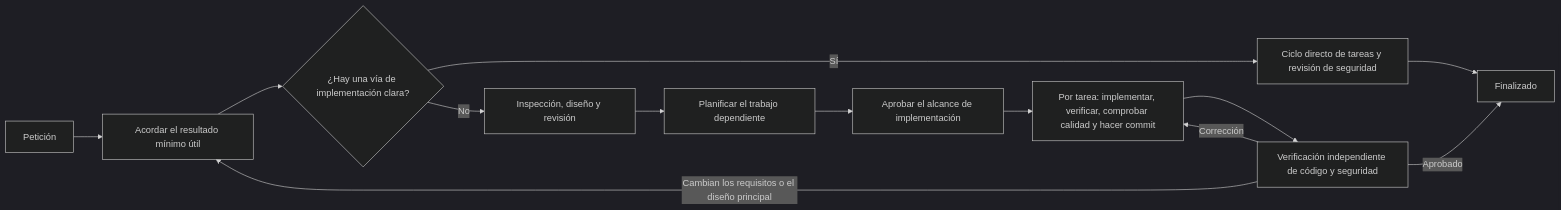
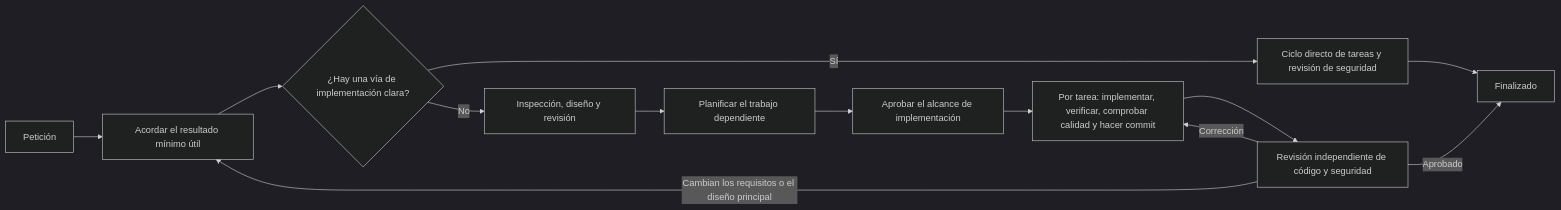
The diagram in README.es.md (shinpr/codex-workflows), drawn with Mermaid (dark theme) before and after one commit. The commit also changed other lines of this file and 5 other files, not shown here.

````diff
--- a/README.es.md
+++ b/README.es.md
@@ -81,15 +82,15 @@
 ```mermaid
 flowchart LR
     A[Petición] --> B[Acordar el resultado mínimo útil]
     B --> C{¿Hay una vía de implementación clara?}
     C -->|Sí| S[Ciclo directo de tareas y revisión de seguridad]
     S --> L[Finalizado]
     C -->|No| D[Inspección, diseño y revisión]
     D --> E[Planificar el trabajo dependiente]
     E --> F[Aprobar el alcance de implementación]
     F --> H[Por tarea: implementar, verificar, comprobar calidad y hacer commit]
-    H --> K[Verificación independiente de código y seguridad]
+    H --> K[Revisión independiente de código y seguridad]
     K -->|Corrección| H
     K -->|Cambian los requisitos o el diseño principal| B
     K -->|Aprobado| L[Finalizado]
 ```
````
